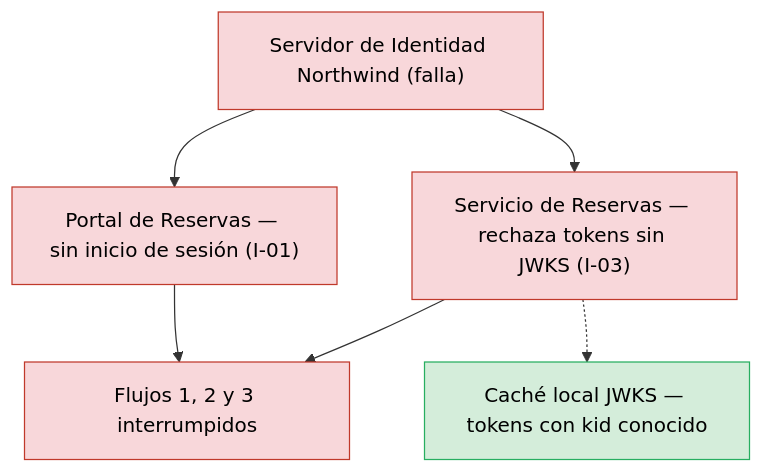
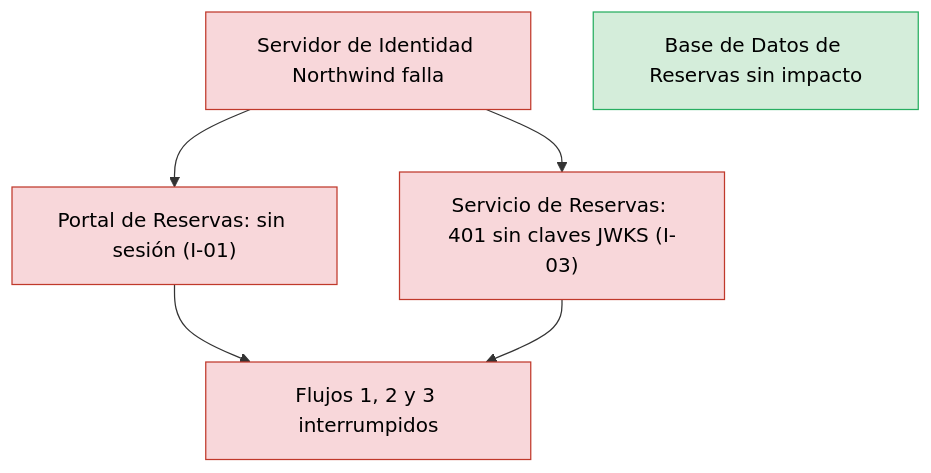
Before and after one commit to shadowX4fox/northwind-reservas: the first of 3 diagrams in analysis/BLAST-RADIUS-2026-11-03.md, drawn with Mermaid. The commit also changed other lines of this file and 9 other files, not shown here.

````diff
--- a/analysis/BLAST-RADIUS-2026-11-03.md
+++ b/analysis/BLAST-RADIUS-2026-11-03.md
@@ -39,15 +39,10 @@
 ```mermaid
 flowchart TB
-    IDP["Servidor de Identidad Northwind (falla)"]:::cascading
-    PORTAL["Portal de Reservas — sin inicio de sesión (I-01)"]:::cascading
-    SVC["Servicio de Reservas — rechaza tokens sin JWKS (I-03)"]:::cascading
-    CACHE["Caché local JWKS — tokens con kid conocido"]:::contained
-    F["Flujos 1, 2 y 3 interrumpidos"]:::cascading
-    IDP --> PORTAL
-    IDP --> SVC
-    SVC -.-> CACHE
-    PORTAL --> F
-    SVC --> F
-    classDef cascading fill:#f8d7da,stroke:#c0392b,color:#000
-    classDef contained fill:#d4edda,stroke:#27ae60,color:#000
+  A["Servidor de Identidad Northwind falla"]:::cascading --> B["Portal de Reservas: sin sesión (I-01)"]:::cascading
+  A --> C["Servicio de Reservas: 401 sin claves JWKS (I-03)"]:::cascading
+  B --> F["Flujos 1, 2 y 3 interrumpidos"]:::cascading
+  C --> F
+  D["Base de Datos de Reservas sin impacto"]:::contained
+  classDef cascading fill:#f8d7da,stroke:#c0392b,color:#000
+  classDef contained fill:#d4edda,stroke:#27ae60,color:#000
 ```
````
